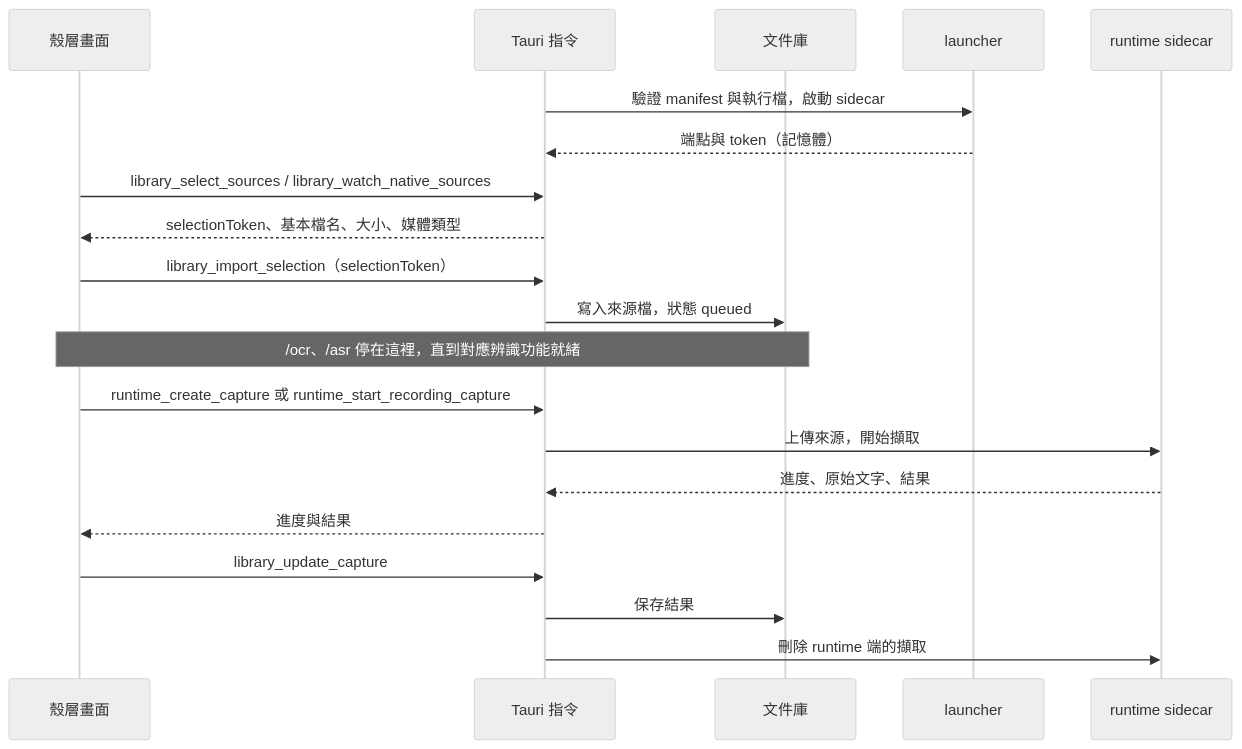
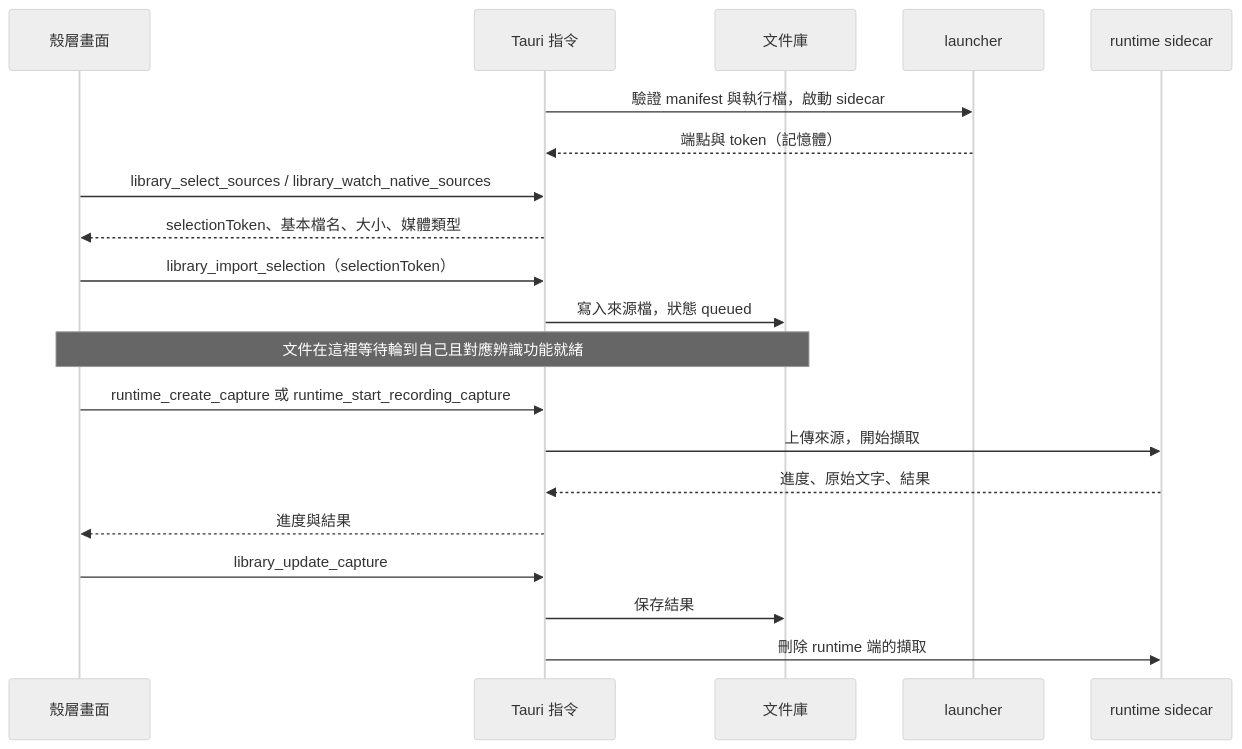
The second of 2 diagrams in docs/domain/host.md (gx-capture/capture-workbench), drawn with Mermaid (neutral theme) before and after one commit. The commit also changed other lines of this file and 3 other files, not shown here.

````diff
--- a/docs/domain/host.md
+++ b/docs/domain/host.md
@@ -88,22 +79,22 @@
 ```mermaid
 sequenceDiagram
   participant UI as 殼層畫面
   participant Tauri as Tauri 指令
   participant Lib as 文件庫
   participant L as launcher
   participant RT as runtime sidecar
   Tauri->>L: 驗證 manifest 與執行檔，啟動 sidecar
   L-->>Tauri: 端點與 token（記憶體）
   UI->>Tauri: library_select_sources / library_watch_native_sources
   Tauri-->>UI: selectionToken、基本檔名、大小、媒體類型
   UI->>Tauri: library_import_selection（selectionToken）
   Tauri->>Lib: 寫入來源檔，狀態 queued
-  Note over UI,Lib: /ocr、/asr 停在這裡，直到對應辨識功能就緒
+  Note over UI,Lib: 文件在這裡等待輪到自己且對應辨識功能就緒
   UI->>Tauri: runtime_create_capture 或 runtime_start_recording_capture
   Tauri->>RT: 上傳來源，開始擷取
   RT-->>Tauri: 進度、原始文字、結果
   Tauri-->>UI: 進度與結果
   UI->>Tauri: library_update_capture
   Tauri->>Lib: 保存結果
   Tauri->>RT: 刪除 runtime 端的擷取
 ```
````
